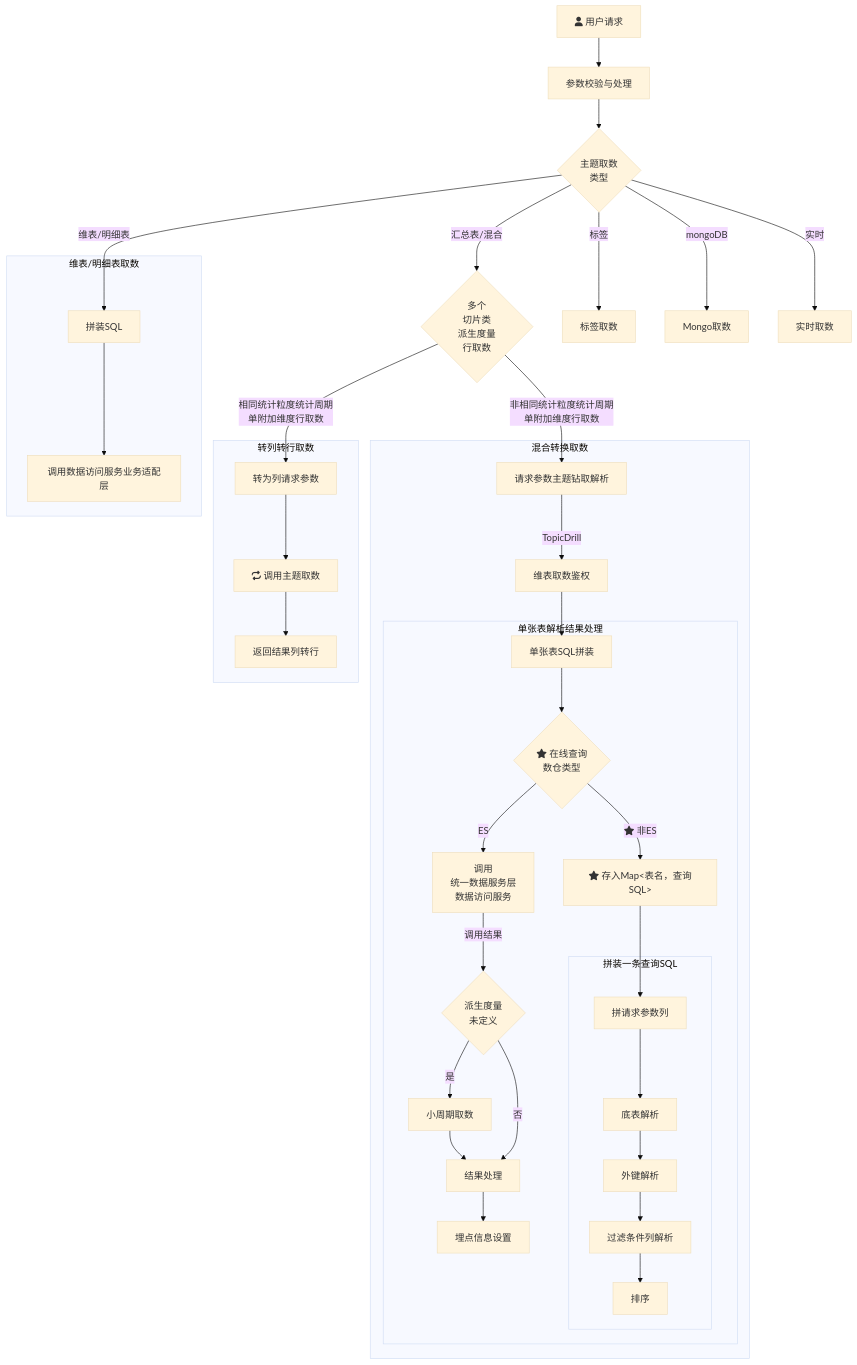
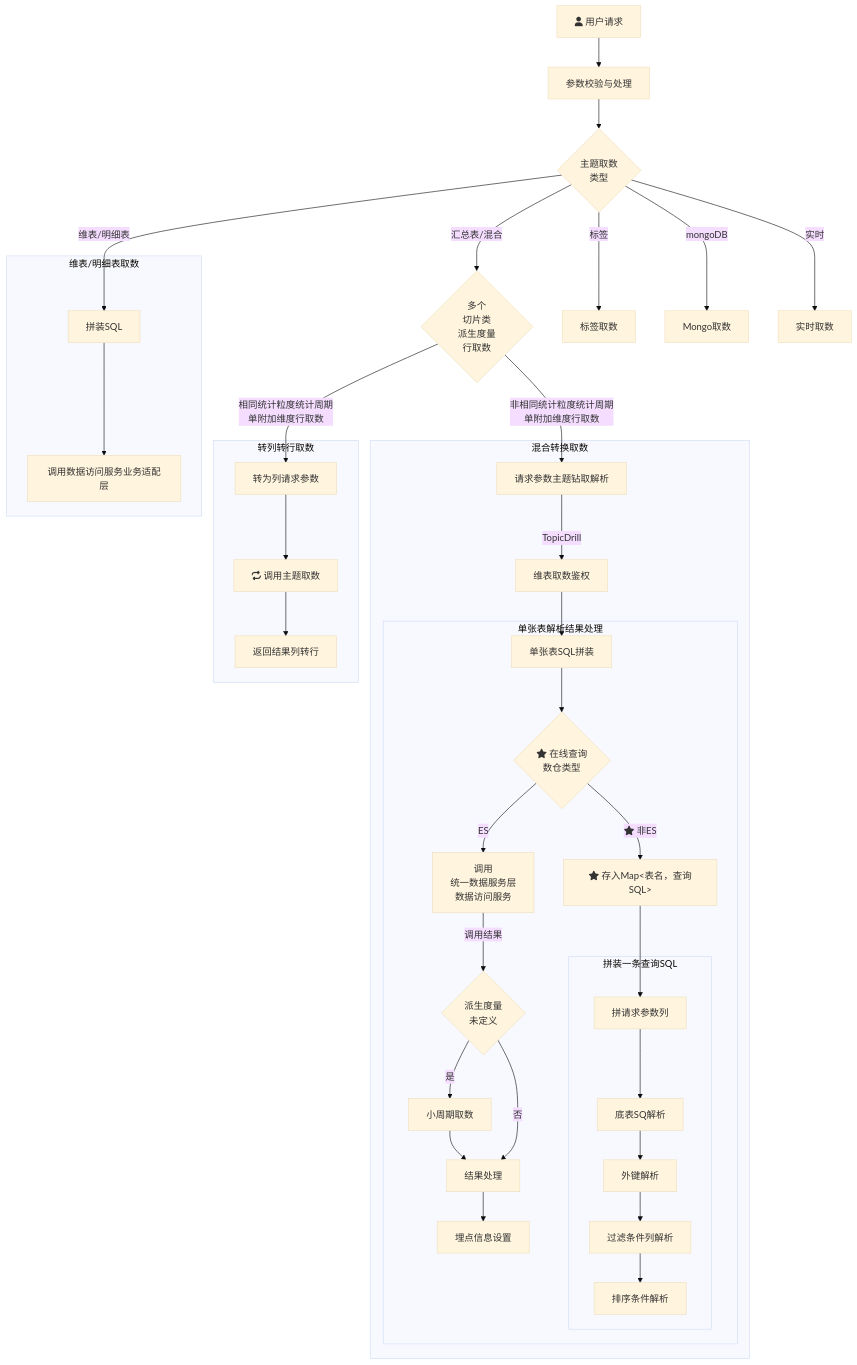
The diagram in all/未命名.md (yanglosm/iodraw-files), drawn with Mermaid (base theme) before and after one commit.

Commit message:
2024-11-29 19:37:07 update

````diff
--- a/all/未命名.md
+++ b/all/未命名.md
@@ -1,30 +1,30 @@
 ```mermaid
 flowchart TD
     A[fa:fa-user 用户请求] -->A1[参数校验与处理] --> B{主题取数\n类型}
     B -->|维表/明细表| D[拼装SQL]
     B -->|汇总表/混合| E{多个\n切片类\n派生度量\n行取数}
     B -->|标签| F[标签取数]
     B -->|mongoDB| G[Mongo取数]
     B -->|实时| H[实时取数]
     E -->|相同统计粒度统计周期\n单附加维度行取数| E1[转为列请求参数]
     E -->|非相同统计粒度统计周期\n单附加维度行取数| T1[请求参数主题钻取解析]
     subgraph 维表/明细表取数
     D-->D1[调用数据访问服务业务适配层]
     end
     subgraph 转列转行取数
     E1-->E11[fa:fa-repeat 调用主题取数]-->E12[返回结果列转行]
     end
     subgraph 混合转换取数
     T1-->|TopicDrill| T2[维表取数鉴权] --> T31[单张表SQL拼装]
         subgraph 单张表解析结果处理
         T31 --> T4{fa:fa-star 在线查询\n数仓类型}-->|ES|T32[调用\n统一数据服务层\n数据访问服务] --> |调用结果|T33{派生度量\n未定义}
         T33 --> |是|T33_1[小周期取数]-->T34[结果处理]-->T35[埋点信息设置]
         T33 --> |否|T34
         T4 --> |fa:fa-star 非ES|T41["fa:fa-star 存入Map<表名，查询SQL>"]
         T41 --> T42[拼请求参数列]
             subgraph 拼装一条查询SQL
-            T42 --> M1[底表解析] --> M2[外键解析] --> 过滤条件列解析 --> 排序
+            T42 --> M1[底表SQ解析] --> M2[外键解析] --> 过滤条件列解析 --> 排序条件解析
             end
         end
     end
 ```
````
